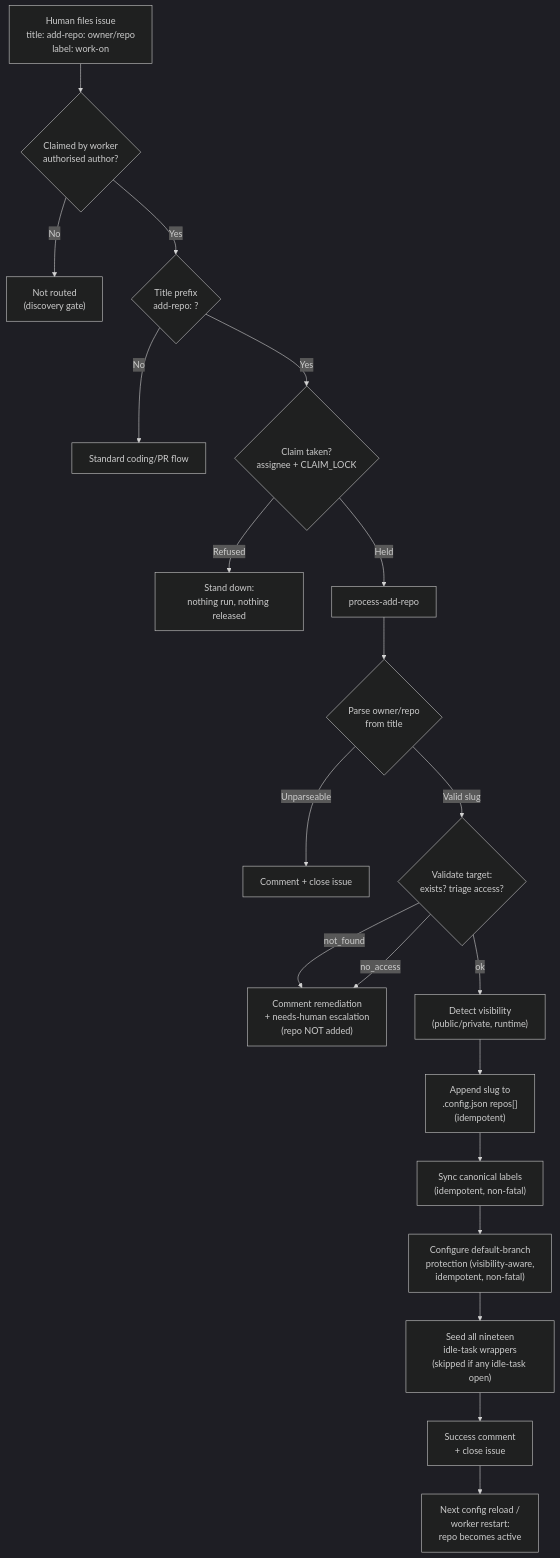
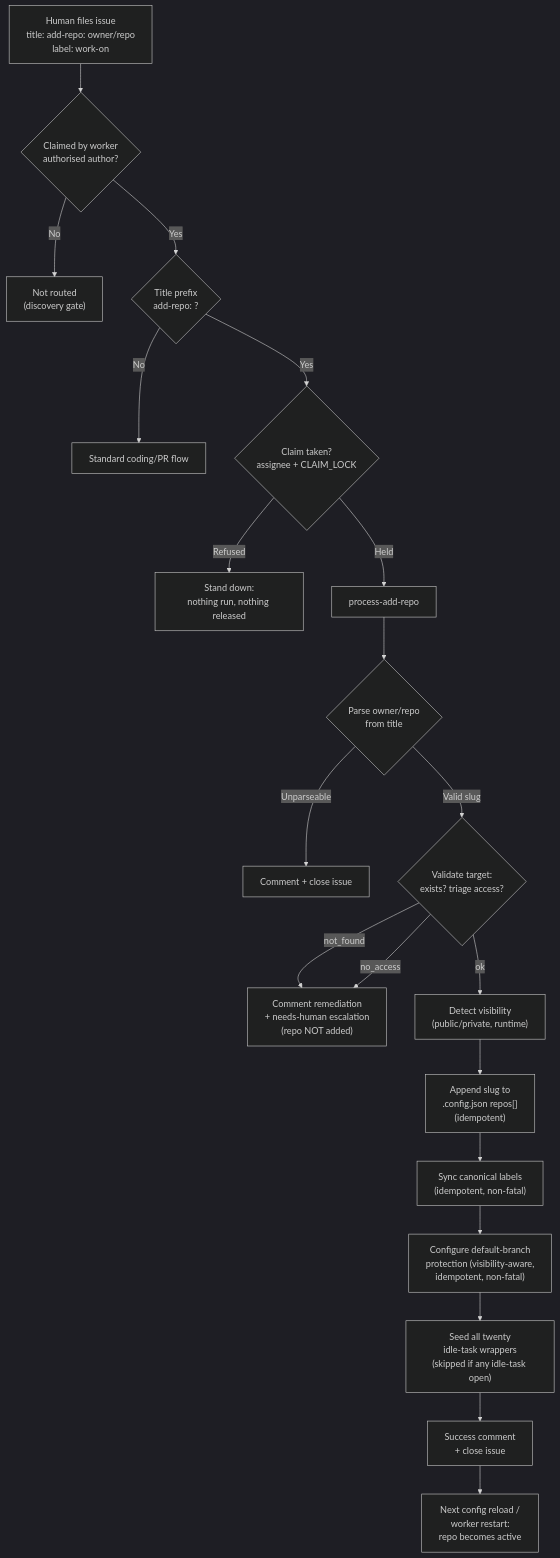
One commit to stSoftwareAU/VibeCoder changed the diagram in docs/ADD-REPO.md. Above: the diagram before and after it, drawn with Mermaid (dark theme). The commit also changed other lines of this file and 30 other files, not shown here.

````diff
--- a/docs/ADD-REPO.md
+++ b/docs/ADD-REPO.md
@@ -153,22 +153,22 @@
 ```mermaid
 flowchart TD
     A["Human files issue<br/>title: add-repo: owner/repo<br/>label: work-on"] --> B{Claimed by worker<br/>authorised author?}
     B -- No --> Z["Not routed<br/>(discovery gate)"]
     B -- Yes --> C{Title prefix<br/>add-repo: ?}
     C -- No --> Y["Standard coding/PR flow"]
     C -- Yes --> C2{Claim taken?<br/>assignee + CLAIM_LOCK}
     C2 -- Refused --> C3["Stand down:<br/>nothing run, nothing released"]
     C2 -- Held --> D["process-add-repo"]
     D --> E{Parse owner/repo<br/>from title}
     E -- Unparseable --> E1["Comment + close issue"]
     E -- Valid slug --> F{Validate target:<br/>exists? triage access?}
     F -- not_found --> F1["Comment remediation<br/>+ needs-human escalation<br/>(repo NOT added)"]
     F -- no_access --> F1
     F -- ok --> G["Detect visibility<br/>(public/private, runtime)"]
     G --> H["Append slug to<br/>.config.json repos[]<br/>(idempotent)"]
     H --> S["Sync canonical labels<br/>(idempotent, non-fatal)"]
     S --> P["Configure default-branch<br/>protection (visibility-aware,<br/>idempotent, non-fatal)"]
-    P --> I["Seed all nineteen<br/>idle-task wrappers<br/>(skipped if any idle-task open)"]
+    P --> I["Seed all twenty<br/>idle-task wrappers<br/>(skipped if any idle-task open)"]
     I --> J["Success comment<br/>+ close issue"]
     J --> K["Next config reload /<br/>worker restart:<br/>repo becomes active"]
 ```
````
